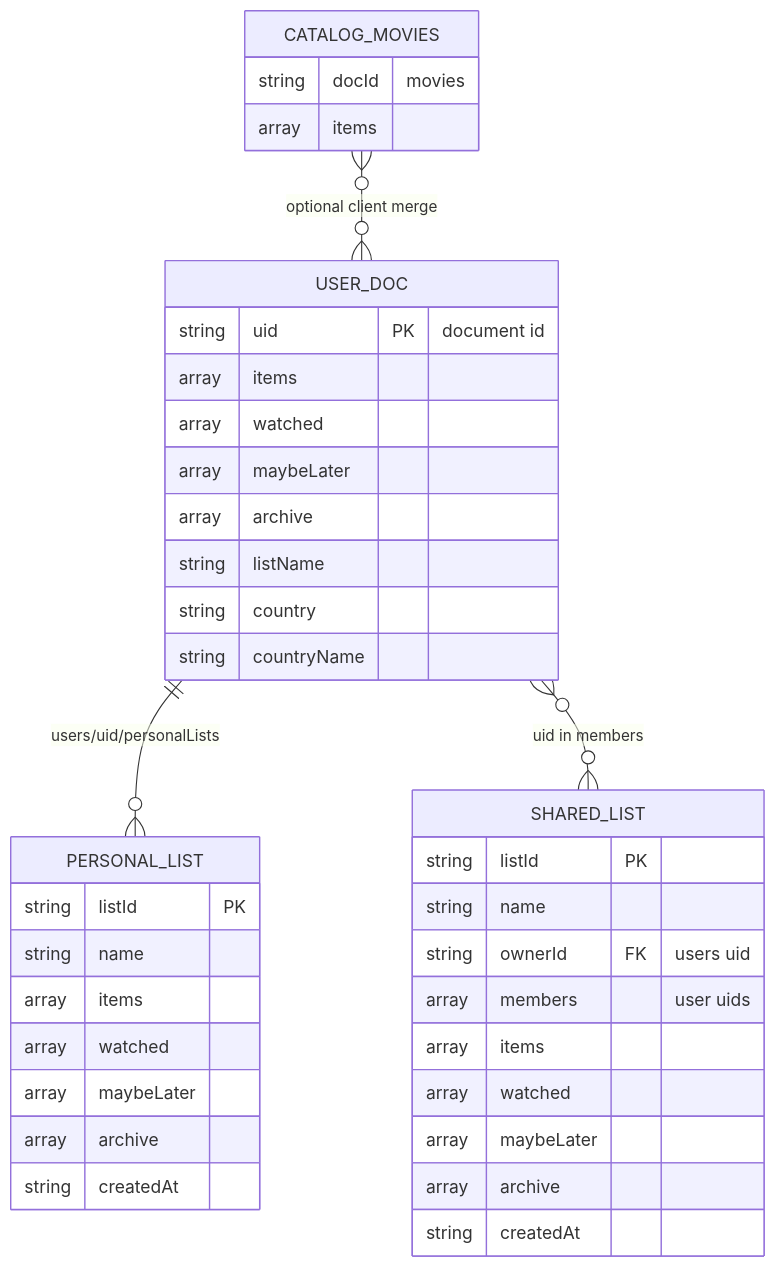
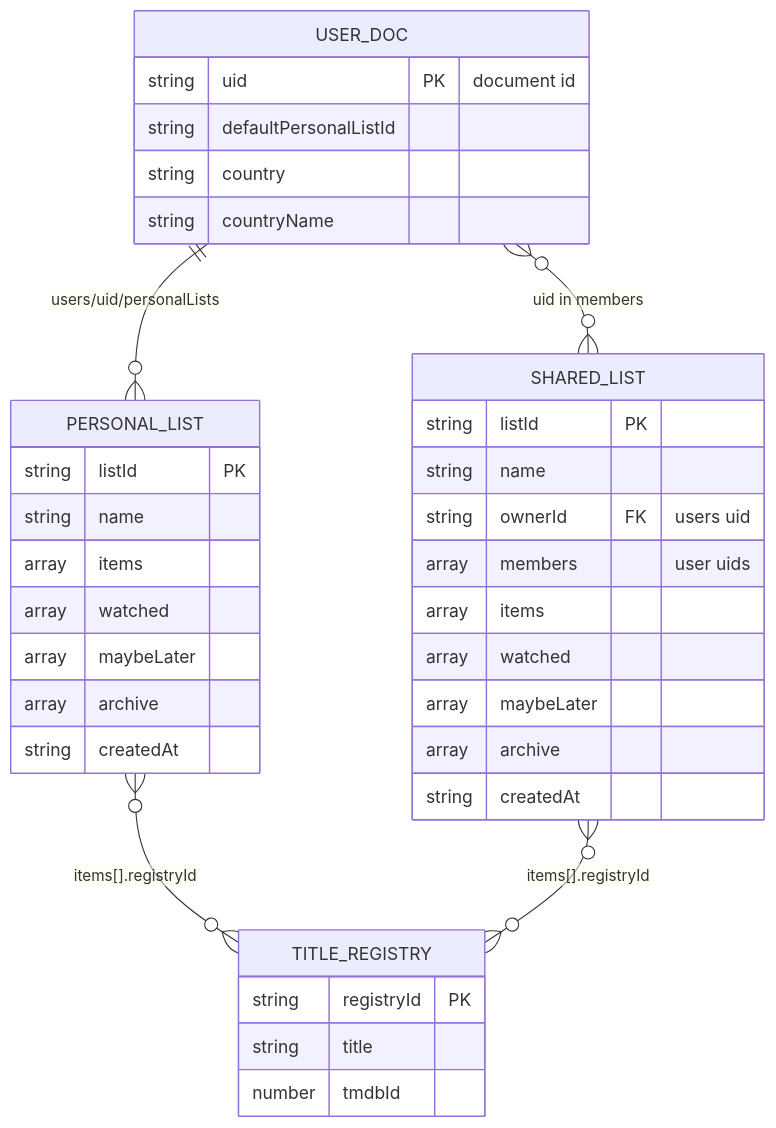
The fourth of 5 diagrams in system-design.md (maulbogat/watchlist-app), drawn with Mermaid before and after one commit. The commit also changed other lines of this file and 3 other files, not shown here.

````diff
--- a/system-design.md
+++ b/system-design.md
@@ -390,40 +400,38 @@
 ```mermaid
 erDiagram
   USER_DOC ||--o{ PERSONAL_LIST : "users/uid/personalLists"
   USER_DOC {
     string uid PK "document id"
-    array items
-    array watched
-    array maybeLater
-    array archive
-    string listName
+    string defaultPersonalListId
     string country
     string countryName
   }
   PERSONAL_LIST {
     string listId PK
     string name
     array items
     array watched
     array maybeLater
     array archive
     string createdAt
   }
   SHARED_LIST {
     string listId PK
     string name
     string ownerId FK "users uid"
     array members "user uids"
     array items
     array watched
     array maybeLater
     array archive
     string createdAt
   }
   USER_DOC }o--o{ SHARED_LIST : "uid in members"
-  CATALOG_MOVIES {
-    string docId "movies"
-    array items
+  TITLE_REGISTRY {
+    string registryId PK
+    string title
+    number tmdbId
   }
-  CATALOG_MOVIES }o--o{ USER_DOC : "optional client merge"
+  PERSONAL_LIST }o--o{ TITLE_REGISTRY : "items[].registryId"
+  SHARED_LIST }o--o{ TITLE_REGISTRY : "items[].registryId"
 ```
````
